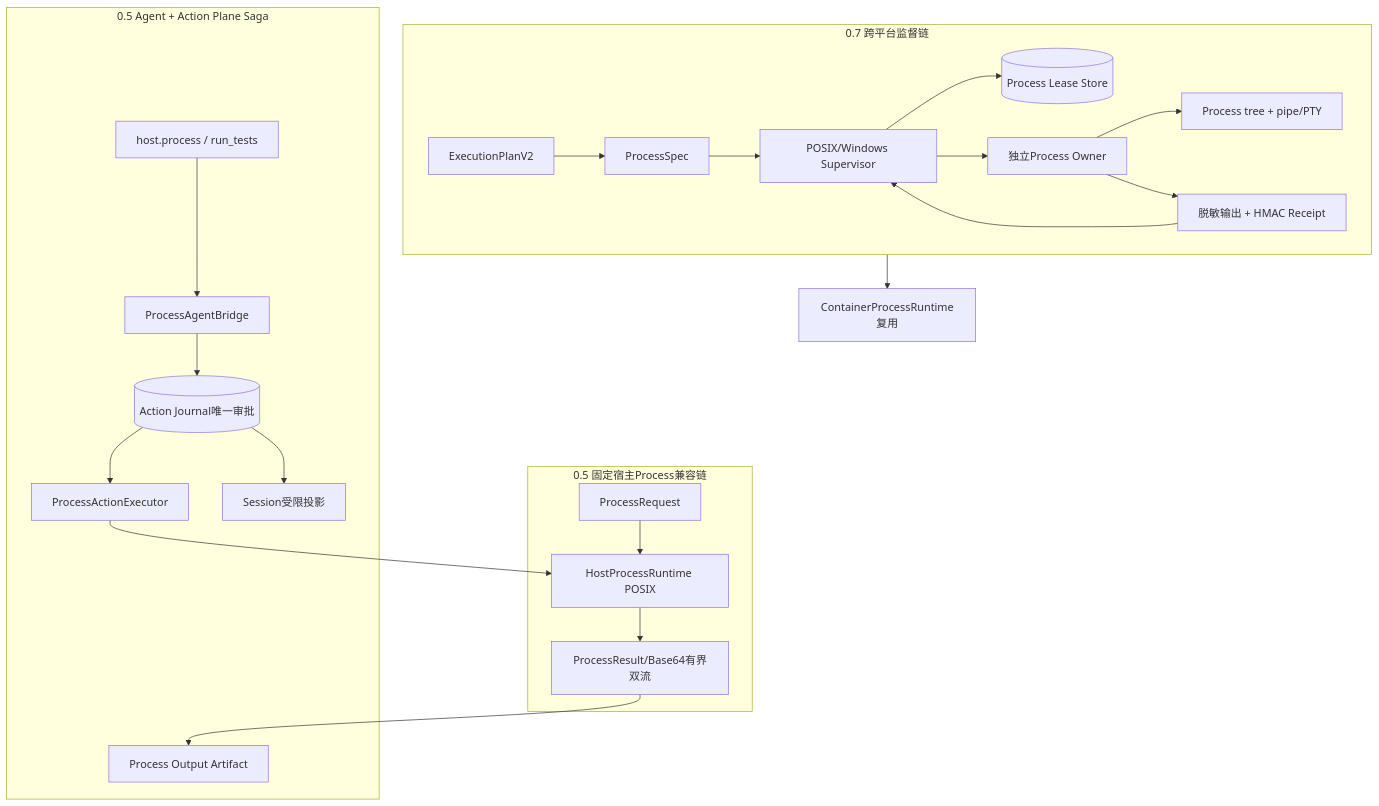
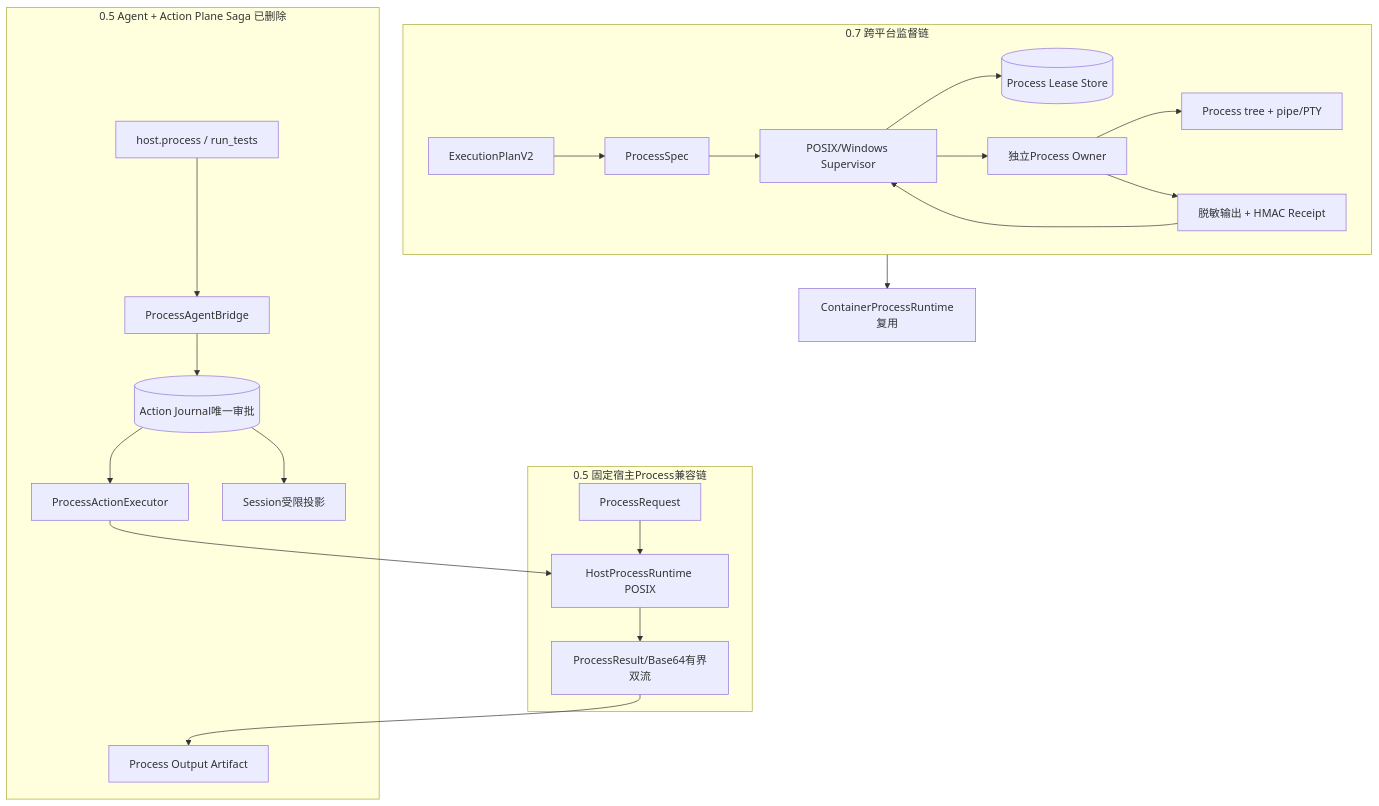
One commit to carrie1988/Harnessix changed the first of 18 diagrams in docs/modules/processes.md. Above: the diagram before and after it, drawn with Mermaid. The commit also changed other lines of this file and 121 other files, not shown here.

````diff
--- a/docs/modules/processes.md
+++ b/docs/modules/processes.md
@@ -113,25 +115,25 @@
 ```mermaid
 flowchart TB
     subgraph Legacy[0.5 固定宿主Process兼容链]
         LReq[ProcessRequest] --> LRuntime[HostProcessRuntime POSIX]
         LRuntime --> LResult[ProcessResult/Base64有界双流]
     end
-    subgraph Saga[0.5 Agent + Action Plane Saga]
+    subgraph Saga[0.5 Agent + Action Plane Saga 已删除]
         Tool[host.process / run_tests] --> Bridge[ProcessAgentBridge]
         Bridge --> Journal[(Action Journal唯一审批)]
         Journal --> Executor[ProcessActionExecutor]
         Executor --> LRuntime
         LResult --> Artifact[Process Output Artifact]
         Journal --> Session[Session受限投影]
     end
     subgraph Supervised[0.7 跨平台监督链]
         Plan[ExecutionPlanV2] --> Spec[ProcessSpec]
         Spec --> Supervisor[POSIX/Windows Supervisor]
         Supervisor --> Lease[(Process Lease Store)]
         Supervisor --> Owner[独立Process Owner]
         Owner --> Tree[Process tree + pipe/PTY]
         Owner --> Files[脱敏输出 + HMAC Receipt]
         Files --> Supervisor
     end
     Supervised --> Container[ContainerProcessRuntime复用]
 ```
````
